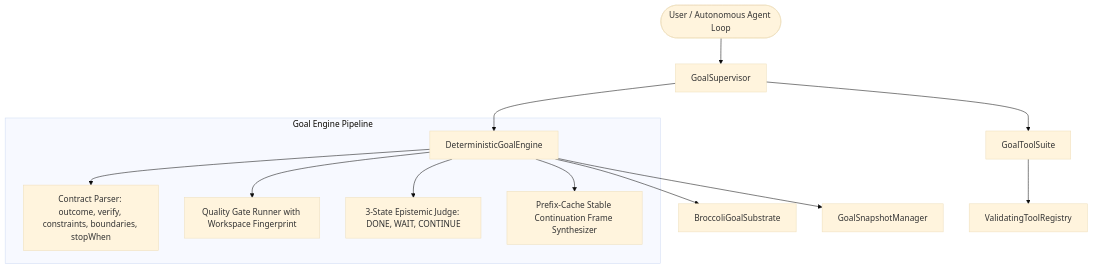
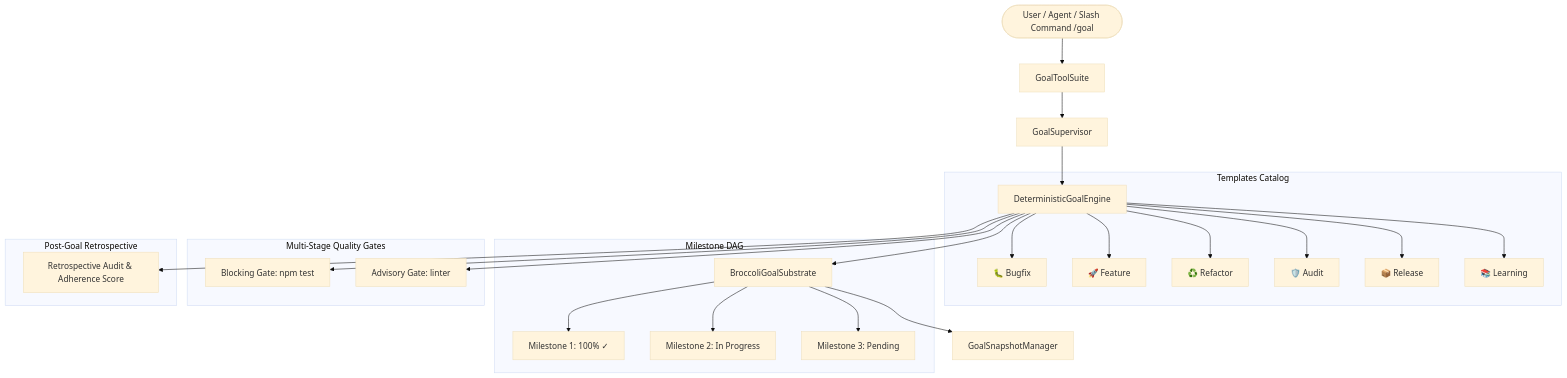
The diagram in .wiki/adr/ADR-117-persistent-session-goals-and-ralph-loop.md (CardSorting/LUMI-JOY), drawn with Mermaid (base theme) before and after one commit. The commit also changed other lines of this file and 9 other files, not shown here.

Commit message:
feat(goals): elevate goal system architecture to world-class standards with template blueprints, milestone DAGs, quality gate policies, and retrospective audits (ADR-117)

````diff
--- a/.wiki/adr/ADR-117-persistent-session-goals-and-ralph-loop.md
+++ b/.wiki/adr/ADR-117-persistent-session-goals-and-ralph-loop.md
@@ -10,16 +8,32 @@
 ```mermaid
 graph TD
-  User([User / Autonomous Agent Loop]) --> GS[GoalSupervisor]
+  Client([User / Agent / Slash Command /goal]) --> GTS[GoalToolSuite]
+  GTS --> GS[GoalSupervisor]
   GS --> DGE[DeterministicGoalEngine]
   DGE --> BGS[BroccoliGoalSubstrate]
-  DGE --> GSM[GoalSnapshotManager]
-  GS --> GTS[GoalToolSuite]
-  GTS --> TR[ValidatingToolRegistry]
+  BGS --> GSM[GoalSnapshotManager]
 
-  subgraph Goal Engine Pipeline
-    DGE --> CP[Contract Parser: outcome, verify, constraints, boundaries, stopWhen]
-    DGE --> QG[Quality Gate Runner with Workspace Fingerprint]
-    DGE --> JDG[3-State Epistemic Judge: DONE, WAIT, CONTINUE]
-    DGE --> SYN[Prefix-Cache Stable Continuation Frame Synthesizer]
+  subgraph Templates Catalog
+    DGE --> TmplBug[🐛 Bugfix]
+    DGE --> TmplFeat[🚀 Feature]
+    DGE --> TmplRefac[♻️ Refactor]
+    DGE --> TmplAudit[🛡️ Audit]
+    DGE --> TmplRel[📦 Release]
+    DGE --> TmplLearn[📚 Learning]
+  end
+
+  subgraph Milestone DAG
+    BGS --> M1[Milestone 1: 100% ✓]
+    BGS --> M2[Milestone 2: In Progress]
+    BGS --> M3[Milestone 3: Pending]
+  end
+
+  subgraph Multi-Stage Quality Gates
+    DGE --> GateBlock[Blocking Gate: npm test]
+    DGE --> GateAdv[Advisory Gate: linter]
+  end
+
+  subgraph Post-Goal Retrospective
+    DGE --> RetroSummary[Retrospective Audit & Adherence Score]
   end
 ```
````
